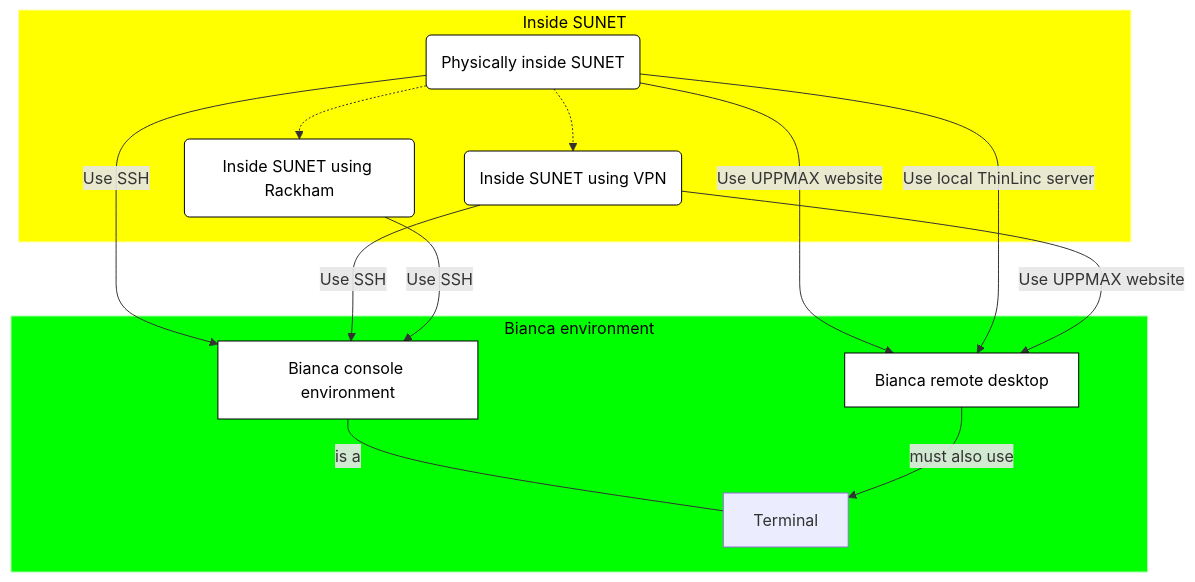
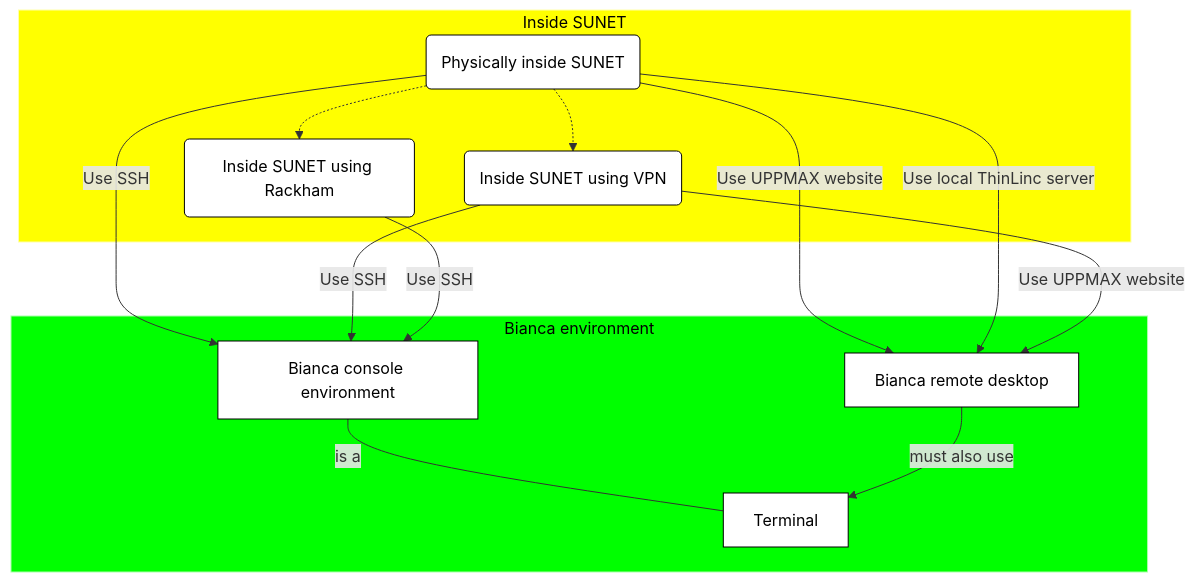
The third of 4 diagrams in docs/login_bianca.md (UPPMAX/bianca_workshop), drawn with Mermaid before and after one commit. The commit also changed other lines of this file, not shown here.

Commit message:
'Terminal' has an opaque node

````diff
--- a/docs/login_bianca.md
+++ b/docs/login_bianca.md
@@ -186,35 +187,34 @@
 ```mermaid
 flowchart TD
 
     subgraph sub_inside[Inside SUNET]
       physically_inside(Physically inside SUNET)
       inside_using_vpn(Inside SUNET using VPN)
       inside_using_rackham(Inside SUNET using Rackham)
       style physically_inside fill:#fff,color:#000,stroke:#000
       style inside_using_vpn fill:#fff,color:#000,stroke:#000
       style inside_using_rackham fill:#fff,color:#000,stroke:#000
     end
     style sub_inside fill:#ff0,color:#000,stroke:#ffa
 
     subgraph sub_bianca_env[Bianca environment]
       bianca_console[Bianca console environment]
       bianca_remote_desktop[Bianca remote desktop] 
       bianca_terminal[Terminal] 
       style bianca_console fill:#fff,color:#000,stroke:#000
       style bianca_remote_desktop fill:#fff,color:#000,stroke:#000
-      %% style bianca_console fill:#000,color:#0f0,stroke:#000
-      %% style bianca_remote_desktop fill:#bbf,color:#fff,stroke:#00f
+      style bianca_terminal fill:#fff,color:#000,stroke:#000
     end
     style sub_bianca_env fill:#0f0,color:#000,stroke:#afa
 
     physically_inside-->|Use SSH|bianca_console
     physically_inside-->|Use UPPMAX website|bianca_remote_desktop
     physically_inside-->|Use local ThinLinc server|bianca_remote_desktop
     physically_inside-.->inside_using_rackham
     physically_inside-.->inside_using_vpn
     inside_using_vpn-->|Use SSH|bianca_console
     inside_using_vpn-->|Use UPPMAX website|bianca_remote_desktop
     inside_using_rackham-->|Use SSH|bianca_console
     bianca_console---|is a|bianca_terminal
     bianca_remote_desktop-->|must also use|bianca_terminal
 ```
````
